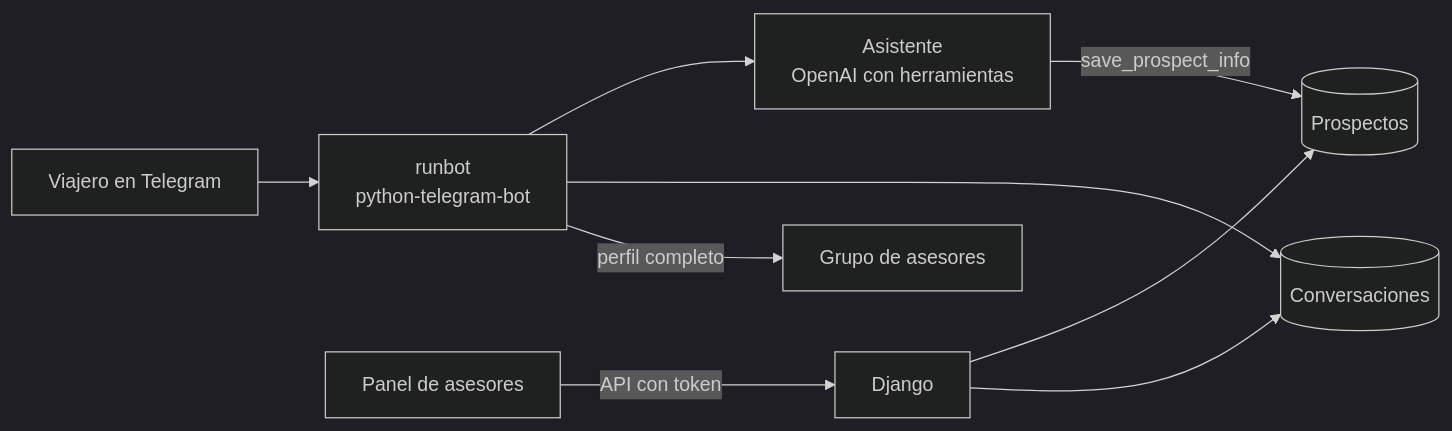
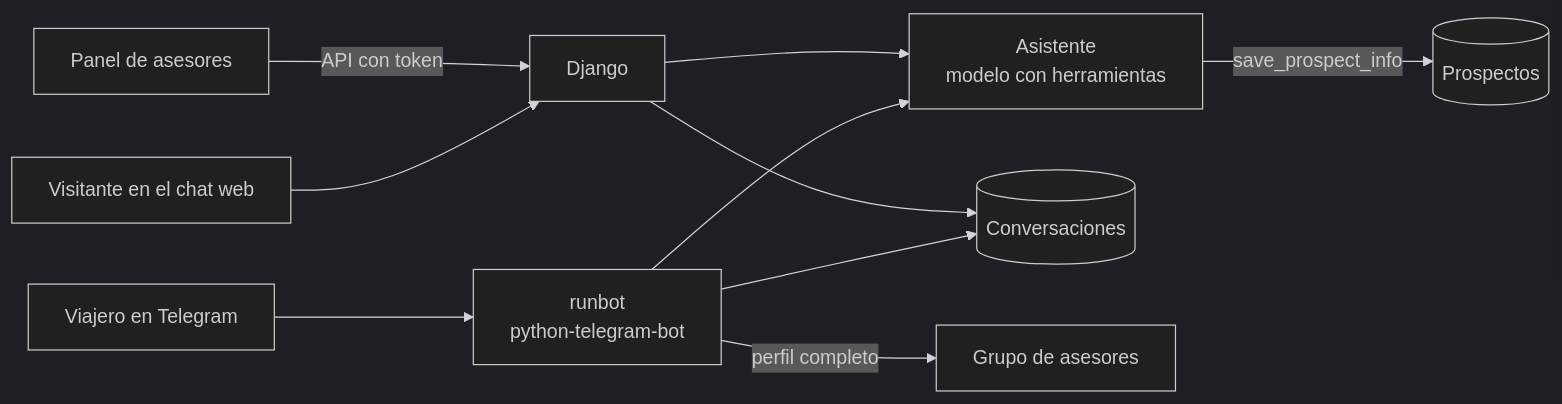
One commit to AngelArteachi/paradise-bot-backend changed the diagram in README.md. Above: the diagram before and after it, drawn with Mermaid (dark theme). The commit also changed other lines of this file and 2 other files, not shown here.

Commit message:
docs: README with the web demo, model choices, a real conversation and screenshots

````diff
--- a/README.md
+++ b/README.md
@@ -46,11 +90,12 @@
 ```mermaid
 flowchart LR
   T[Viajero en Telegram] --> B[runbot<br/>python-telegram-bot]
-  B --> A[Asistente<br/>OpenAI con herramientas]
+  W[Visitante en el chat web] --> API
+  B --> A[Asistente<br/>modelo con herramientas]
+  API[Django] --> A
   A -->|save_prospect_info| P[(Prospectos)]
   B --> C[(Conversaciones)]
+  API --> C
   B -->|perfil completo| G[Grupo de asesores]
-  Panel[Panel de asesores] -->|API con token| API[Django]
-  API --> P
-  API --> C
+  Panel[Panel de asesores] -->|API con token| API
 ```
````
